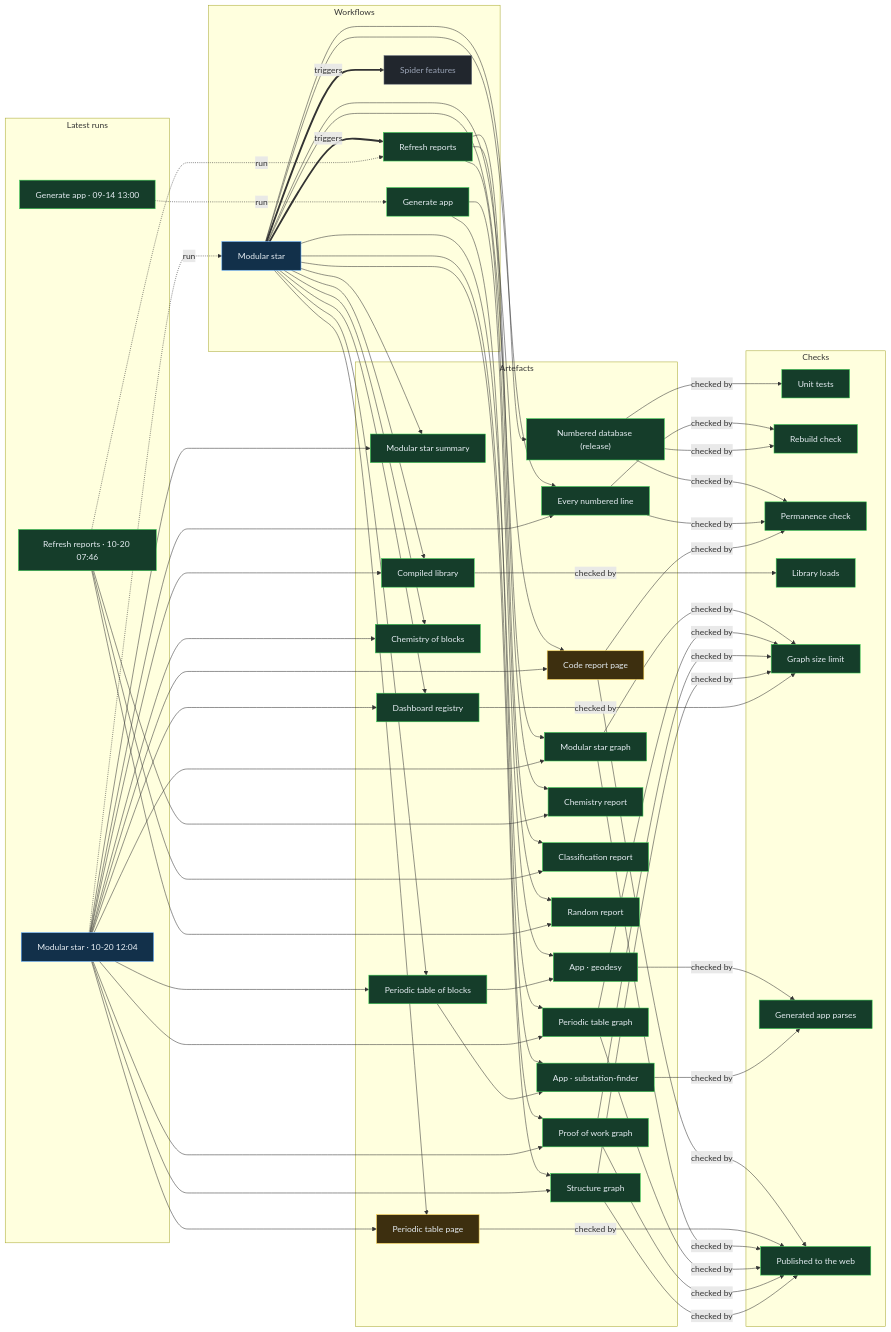
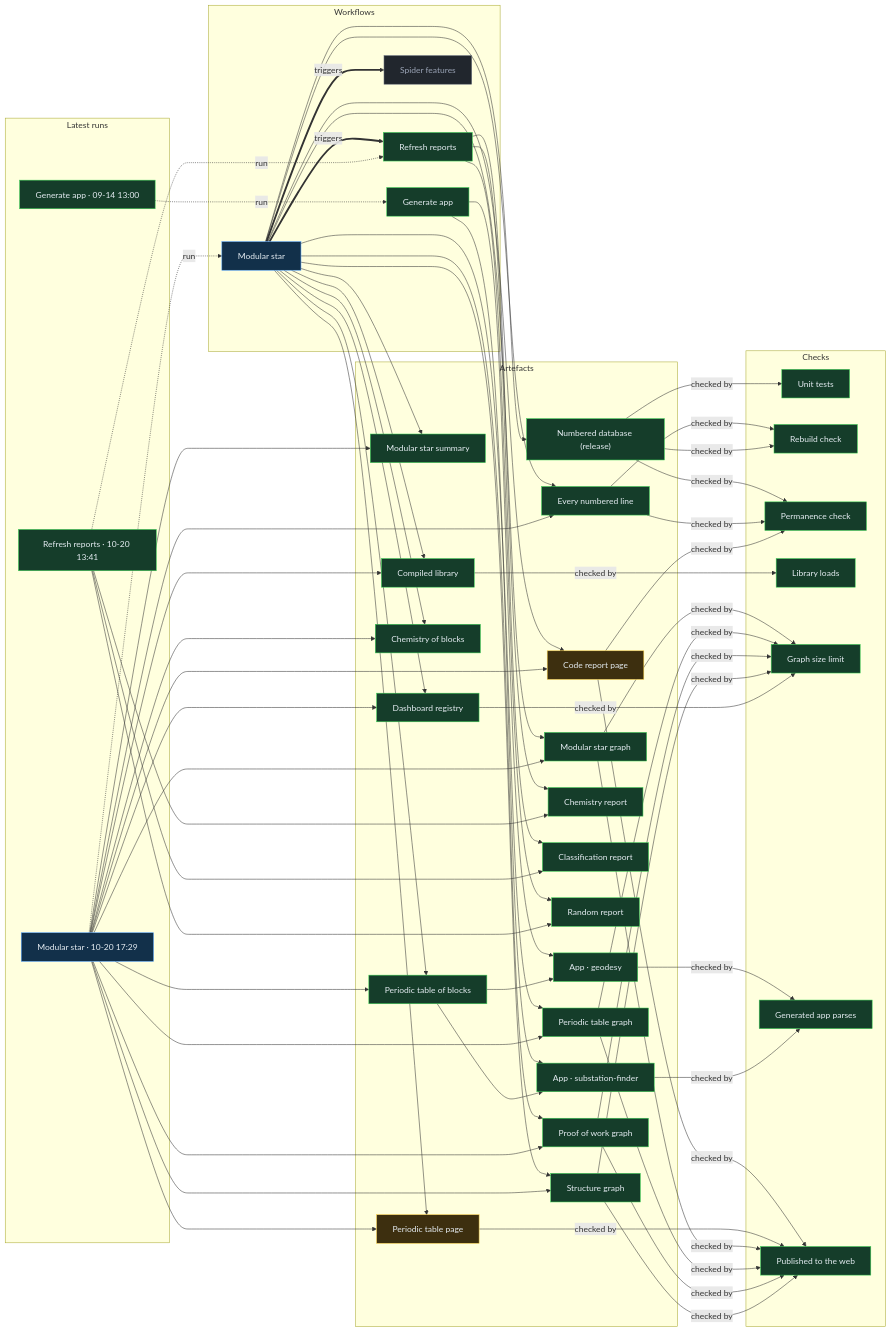
One commit to Ventusltd/stars changed the diagram in proof/PROOF.md. Above: the diagram before and after it, drawn with Mermaid. The commit also changed other lines of this file and 44 other files, not shown here.

Commit message:
Modular star 2026-10-20T17:31Z

```diff
--- a/proof/PROOF.md
+++ b/proof/PROOF.md
@@ -24,8 +24,8 @@
   n_wf_spider_features["Spider features"]:::off
   end
   subgraph g_runs["Latest runs"]
-  n_run_39419552168["Modular star · 10-20 12:04"]:::live
-  n_run_39388745486["Refresh reports · 10-20 07:46"]:::ok
+  n_run_39466498535["Modular star · 10-20 17:29"]:::live
+  n_run_39432596758["Refresh reports · 10-20 13:41"]:::ok
   n_run_34846587798["Generate app · 09-14 13:00"]:::ok
   end
   subgraph g_artefacts["Artefacts"]
@@ -59,39 +59,39 @@
   end
   n_wf_modular_star == triggers ==> n_wf_refresh
   n_wf_modular_star == triggers ==> n_wf_spider_features
-  n_run_39419552168 -. run .-> n_wf_modular_star
-  n_run_39388745486 -. run .-> n_wf_refresh
+  n_run_39466498535 -. run .-> n_wf_modular_star
+  n_run_39432596758 -. run .-> n_wf_refresh
   n_run_34846587798 -. run .-> n_wf_generate
   n_wf_modular_star --> n_art_summary
-  n_run_39419552168 --> n_art_summary
+  n_run_39466498535 --> n_art_summary
   n_wf_modular_star --> n_art_lines
-  n_run_39419552168 --> n_art_lines
+  n_run_39466498535 --> n_art_lines
   n_wf_modular_star --> n_art_code
-  n_run_39419552168 --> n_art_code
+  n_run_39466498535 --> n_art_code
   n_wf_modular_star --> n_art_modular_graph
-  n_run_39419552168 --> n_art_modular_graph
+  n_run_39466498535 --> n_art_modular_graph
   n_wf_modular_star --> n_art_blocks
-  n_run_39419552168 --> n_art_blocks
+  n_run_39466498535 --> n_art_blocks
   n_wf_modular_star --> n_art_table
-  n_run_39419552168 --> n_art_table
+  n_run_39466498535 --> n_art_table
   n_wf_modular_star --> n_art_blocks_graph
-  n_run_39419552168 --> n_art_blocks_graph
+  n_run_39466498535 --> n_art_blocks_graph
   n_wf_modular_star --> n_art_reactions
-  n_run_39419552168 --> n_art_reactions
+  n_run_39466498535 --> n_art_reactions
   n_wf_modular_star --> n_art_library
-  n_run_39419552168 --> n_art_library
+  n_run_39466498535 --> n_art_library
   n_wf_modular_star --> n_art_features
-  n_run_39419552168 --> n_art_features
+  n_run_39466498535 --> n_art_features
   n_wf_modular_star --> n_art_proof
-  n_run_39419552168 --> n_art_proof
+  n_run_39466498535 --> n_art_proof
   n_wf_modular_star --> n_art_structure
-  n_run_39419552168 --> n_art_structure
+  n_run_39466498535 --> n_art_structure
   n_wf_refresh --> n_art_chemistry
-  n_run_39388745486 --> n_art_chemistry
+  n_run_39432596758 --> n_art_chemistry
   n_wf_refresh --> n_art_vedic
-  n_run_39388745486 --> n_art_vedic
+  n_run_39432596758 --> n_art_vedic
   n_wf_refresh --> n_art_random
-  n_run_39388745486 --> n_art_random
+  n_run_39432596758 --> n_art_random
   n_wf_modular_star --> n_art_release
   n_wf_generate --> n_app_geodesy
   n_art_blocks --> n_app_geodesy
```
